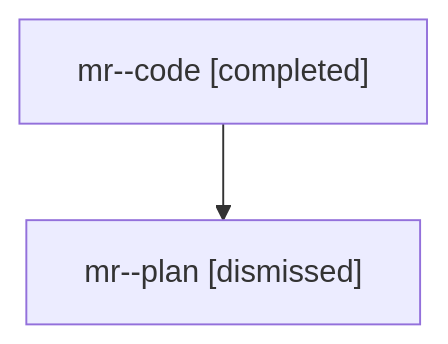
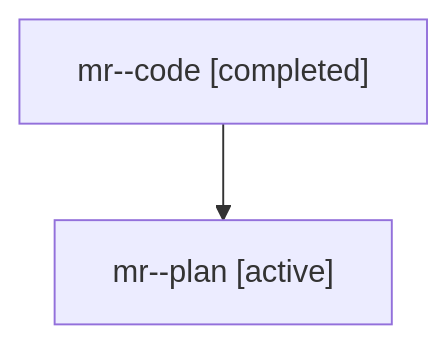
One commit to sase-org/sase--agents changed the diagram in families/bbugyi200.athena.mr.md. Above: the diagram before and after it, drawn with Mermaid. The commit also changed other lines of this file and 5813 other files, not shown here.

````diff
--- a/families/bbugyi200.athena.mr.md
+++ b/families/bbugyi200.athena.mr.md
@@ -9,6 +9,6 @@
 ```mermaid
 flowchart TD
   n0["mr--code [completed]"]
-  n1["mr--plan [dismissed]"]
+  n1["mr--plan [active]"]
   n0 --> n1
 ```
````
